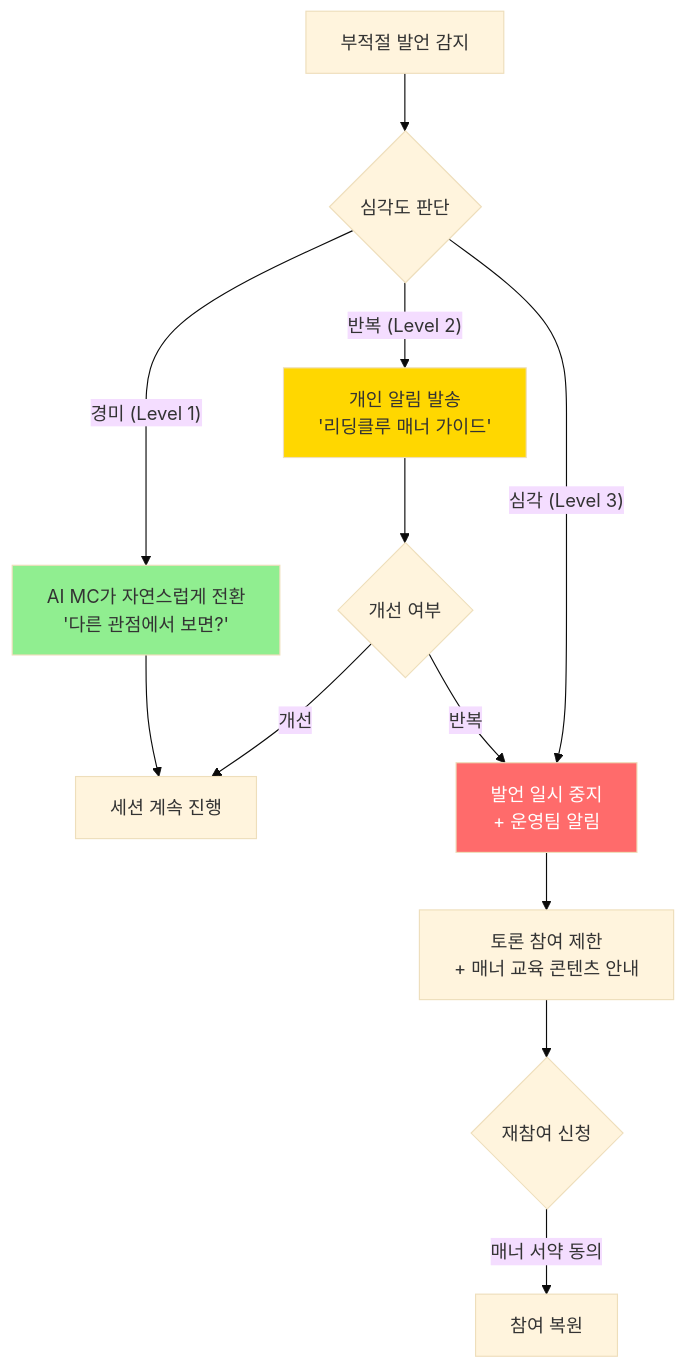
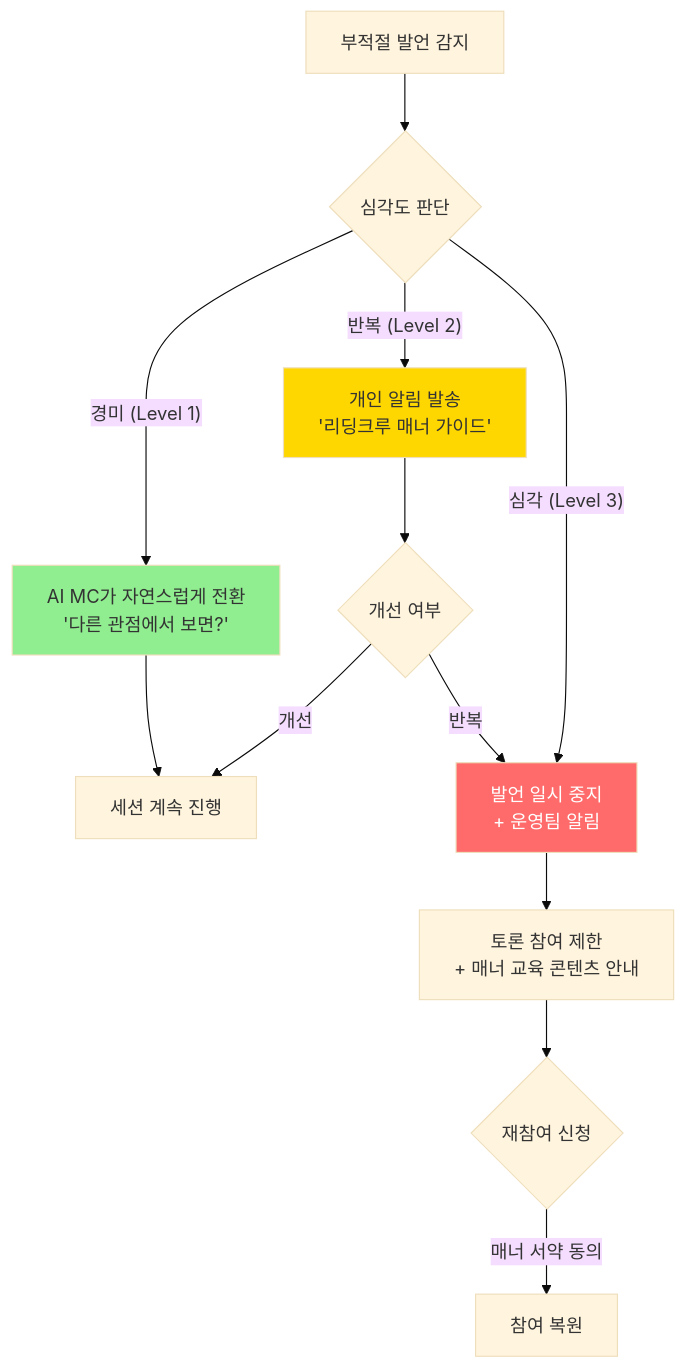
Before and after one commit to Collegenie-X/ReadingClueProject: diagram 32 of 36 in 아이디어/5단계-리딩클루_콘텐츠중심_설계.md, drawn with Mermaid (base theme). The commit also changed other lines of this file and 9 other files, not shown here.

````diff
--- a/아이디어/5단계-리딩클루_콘텐츠중심_설계.md
+++ b/아이디어/5단계-리딩클루_콘텐츠중심_설계.md
@@ -1425,20 +1425,20 @@
 ```mermaid
 graph TD
     A["부적절 발언 감지"] --> B{"심각도 판단"}
 
     B -->|"경미 (Level 1)"| C["AI MC가 자연스럽게 전환<br/>'다른 관점에서 보면?'"]
-    B -->|"반복 (Level 2)"| D["개인 알림 발송<br/>'리딩클루 매너 가이드'"]
+    B -->|"반복 (Level 2)"| D["개인 알림 발송<br/>'리딩크루 매너 가이드'"]
     B -->|"심각 (Level 3)"| E["발언 일시 중지<br/>+ 운영팀 알림"]
 
     C --> F["세션 계속 진행"]
     D --> G{"개선 여부"}
     G -->|"개선"| F
     G -->|"반복"| E
     E --> H["토론 참여 제한<br/>+ 매너 교육 콘텐츠 안내"]
     H --> I{"재참여 신청"}
     I -->|"매너 서약 동의"| J["참여 복원"]
 
     style C fill:#90EE90,color:#333
     style D fill:#FFD700,color:#333
     style E fill:#FF6B6B,color:#fff
 ```
````
